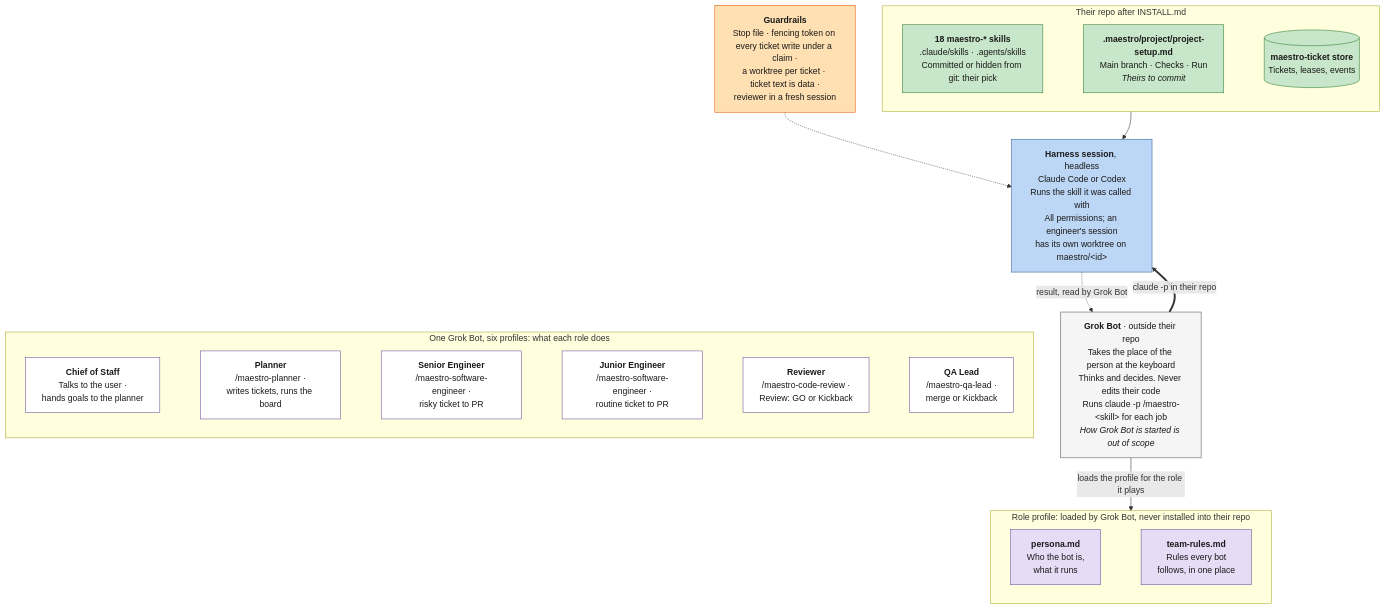
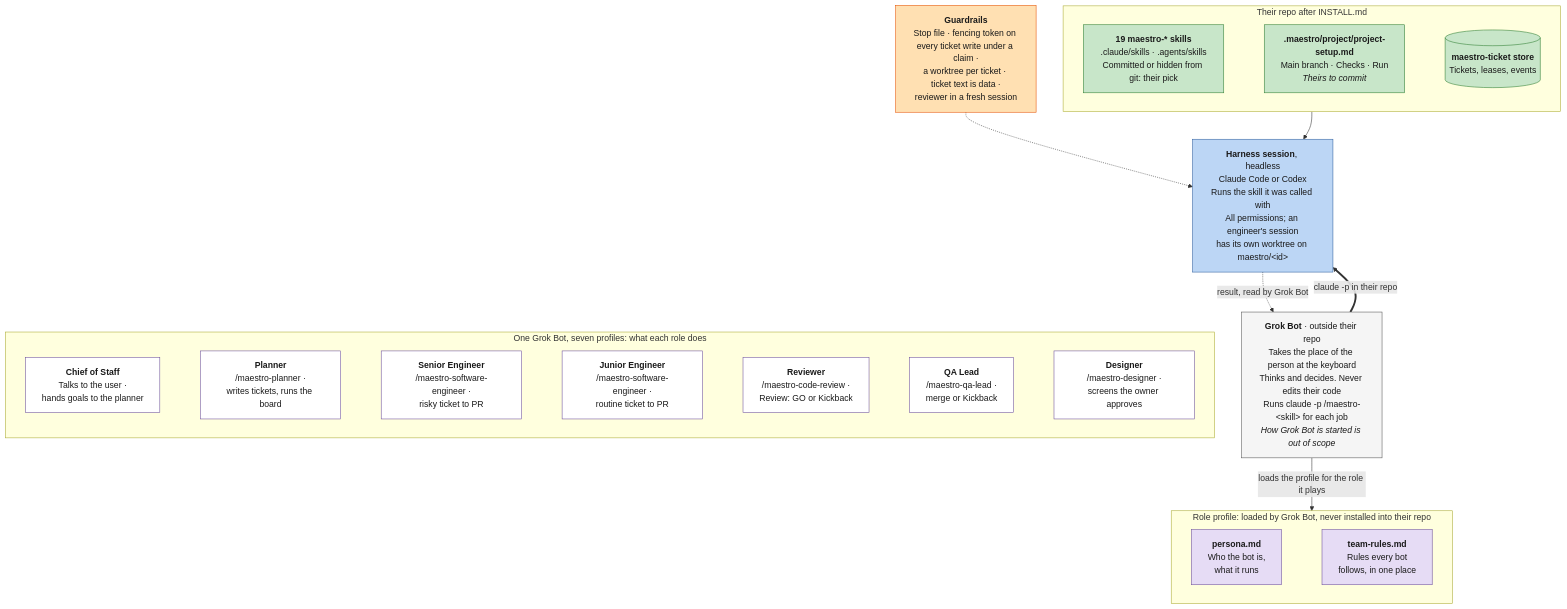
One commit to ProlesDei/maestro changed the second of 2 diagrams in README.md. Above: the diagram before and after it, drawn with Mermaid. The commit also changed other lines of this file and 8 other files, not shown here.

First line of the commit message:
Docs: seven bots, 19 skills, decision 18 and the designer plan

````diff
--- a/README.md
+++ b/README.md
@@ -158,44 +162,44 @@
 ```mermaid
 flowchart TD
     Runtime["<b>Grok Bot</b> · outside their repo<br/>Takes the place of the person at the keyboard<br/>Thinks and decides. Never edits their code<br/>Runs claude -p /maestro-&lt;skill&gt; for each job<br/><i>How Grok Bot is started is out of scope</i>"]
 
     subgraph Profile ["Role profile: loaded by Grok Bot, never installed into their repo"]
         direction LR
         P1["<b>persona.md</b><br/>Who the bot is,<br/>what it runs"] ~~~ P2["<b>team-rules.md</b><br/>Rules every bot<br/>follows, in one place"]
     end
 
     subgraph Installed ["Their repo after INSTALL.md"]
         direction LR
-        S1["<b>18 maestro-* skills</b><br/>.claude/skills · .agents/skills<br/>Committed or hidden from git: their pick"] ~~~ S2["<b>.maestro/project/project-setup.md</b><br/>Main branch · Checks · Run<br/><i>Theirs to commit</i>"] ~~~ S3[("<b>maestro-ticket store</b><br/>Tickets, leases, events")]
+        S1["<b>19 maestro-* skills</b><br/>.claude/skills · .agents/skills<br/>Committed or hidden from git: their pick"] ~~~ S2["<b>.maestro/project/project-setup.md</b><br/>Main branch · Checks · Run<br/><i>Theirs to commit</i>"] ~~~ S3[("<b>maestro-ticket store</b><br/>Tickets, leases, events")]
     end
 
     H["<b>Harness session</b>, headless<br/>Claude Code or Codex<br/>Runs the skill it was called with<br/>All permissions; an engineer's session<br/>has its own worktree on maestro/&lt;id&gt;"]
 
     Guard["<b>Guardrails</b><br/>Stop file · fencing token on every ticket write under a claim ·<br/>a worktree per ticket · ticket text is data ·<br/>reviewer in a fresh session"]
 
-    subgraph Roles ["One Grok Bot, six profiles: what each role does"]
+    subgraph Roles ["One Grok Bot, seven profiles: what each role does"]
         direction LR
-        E1["<b>Chief of Staff</b><br/>Talks to the user ·<br/>hands goals to the planner"] ~~~ E2["<b>Planner</b><br/>/maestro-planner ·<br/>writes tickets, runs the board"] ~~~ E3["<b>Senior Engineer</b><br/>/maestro-software-engineer ·<br/>risky ticket to PR"] ~~~ E6["<b>Junior Engineer</b><br/>/maestro-software-engineer ·<br/>routine ticket to PR"] ~~~ E5["<b>Reviewer</b><br/>/maestro-code-review ·<br/>Review: GO or Kickback"] ~~~ E4["<b>QA Lead</b><br/>/maestro-qa-lead ·<br/>merge or Kickback"]
+        E1["<b>Chief of Staff</b><br/>Talks to the user ·<br/>hands goals to the planner"] ~~~ E2["<b>Planner</b><br/>/maestro-planner ·<br/>writes tickets, runs the board"] ~~~ E3["<b>Senior Engineer</b><br/>/maestro-software-engineer ·<br/>risky ticket to PR"] ~~~ E6["<b>Junior Engineer</b><br/>/maestro-software-engineer ·<br/>routine ticket to PR"] ~~~ E5["<b>Reviewer</b><br/>/maestro-code-review ·<br/>Review: GO or Kickback"] ~~~ E4["<b>QA Lead</b><br/>/maestro-qa-lead ·<br/>merge or Kickback"] ~~~ E7["<b>Designer</b><br/>/maestro-designer ·<br/>screens the owner approves"]
     end
 
     Runtime -->|"loads the profile for the role it plays"| Profile
     Runtime ==>|"claude -p in their repo"| H
     Installed --> H
     H -.->|"result, read by Grok Bot"| Runtime
     Guard -.-> H
     H ~~~ Roles
 
     classDef runtime fill:#f5f5f5,stroke:#555,color:#1a1a1a
     classDef profile fill:#e6dcf5,stroke:#6a4c9c,color:#1a1a1a
     classDef harness fill:#bcd6f5,stroke:#2f5f9e,color:#1a1a1a
     classDef ours fill:#c8e6c9,stroke:#2e7d32,color:#1a1a1a
     classDef role fill:#ffffff,stroke:#6a4c9c,color:#1a1a1a
     classDef note fill:#ffe0b2,stroke:#e65100,color:#1a1a1a
 
     class Runtime runtime
     class P1,P2 profile
     class H harness
     class S1,S2,S3 ours
-    class E1,E2,E3,E6,E4,E5 role
+    class E1,E2,E3,E6,E4,E5,E7 role
     class Guard note
 ```
````
